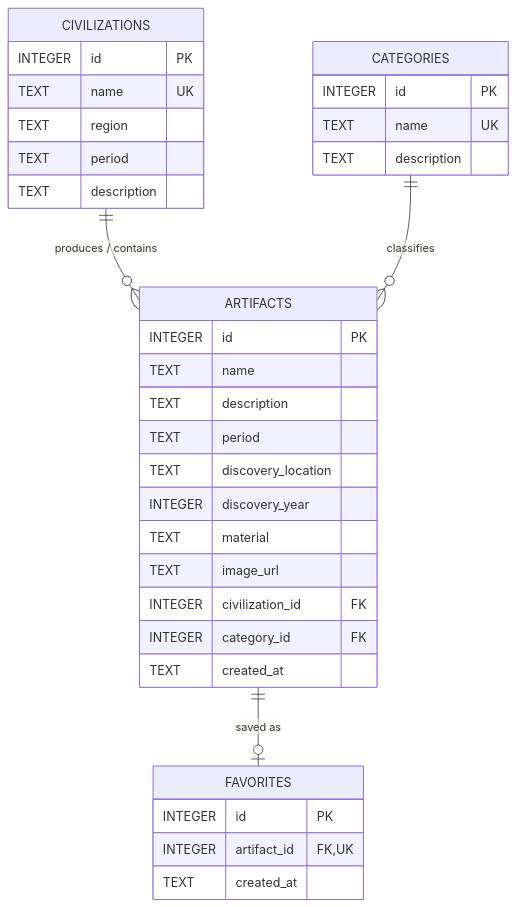
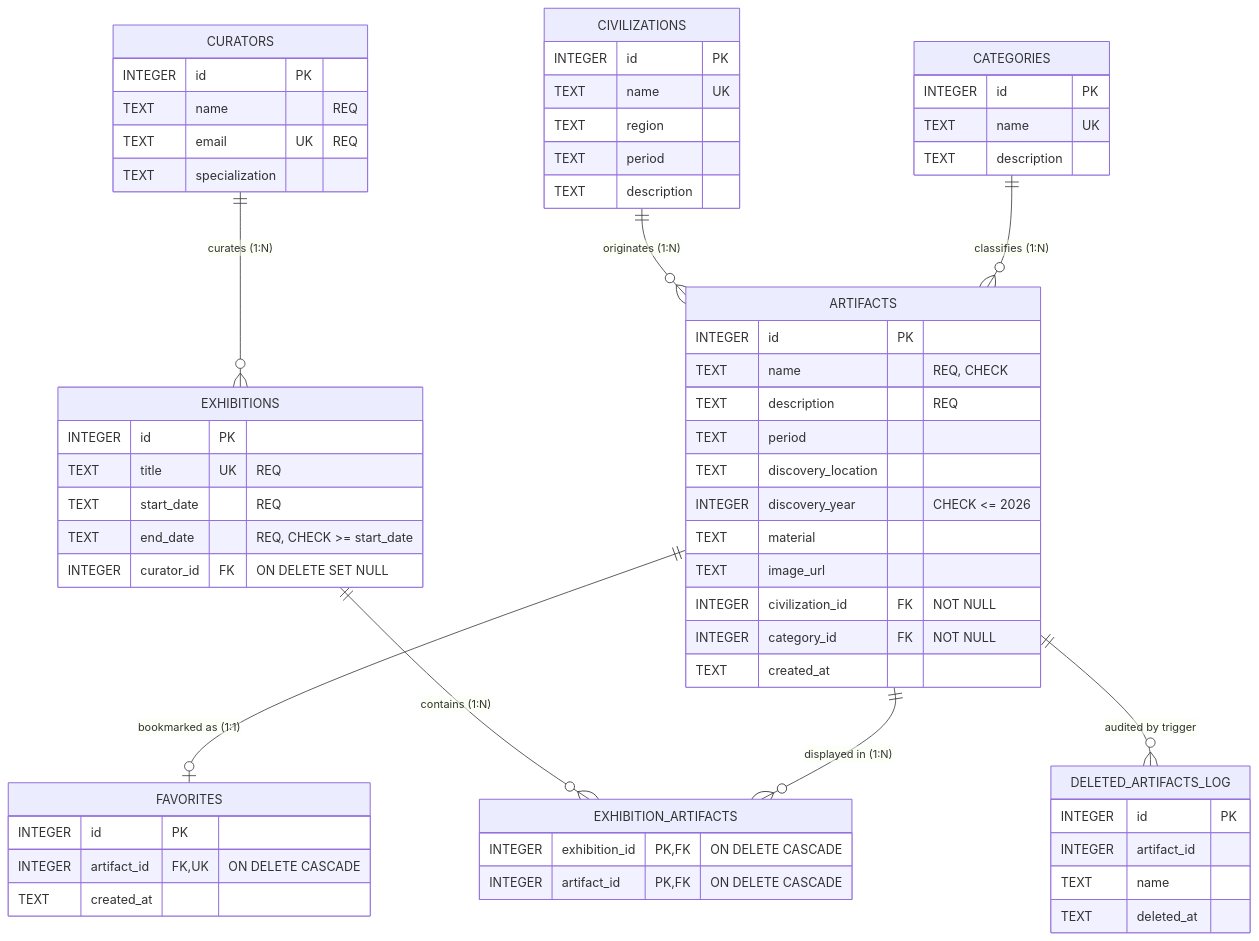
Before and after one commit to nakshatrameena6-cell/museum-artifact: the diagram in README.md, drawn with Mermaid. The commit also changed other lines of this file and 6 other files, not shown here.

Commit message:
feat: add comprehensive test suite, database validation constraints, and ER diagram generation script

````diff
--- a/README.md
+++ b/README.md
@@ -109,40 +158,71 @@
 ```mermaid
 erDiagram
-    CIVILIZATIONS ||--o{ ARTIFACTS : "produces / contains"
-    CATEGORIES ||--o{ ARTIFACTS : "classifies"
-    ARTIFACTS ||--o| FAVORITES : "saved as"
+    CIVILIZATIONS ||--o{ ARTIFACTS : "originates (1:N)"
+    CATEGORIES ||--o{ ARTIFACTS : "classifies (1:N)"
+    ARTIFACTS ||--o| FAVORITES : "bookmarked as (1:1)"
+    CURATORS ||--o{ EXHIBITIONS : "curates (1:N)"
+    EXHIBITIONS ||--o{ EXHIBITION_ARTIFACTS : "contains (1:N)"
+    ARTIFACTS ||--o{ EXHIBITION_ARTIFACTS : "displayed in (1:N)"
+    ARTIFACTS ||--o{ DELETED_ARTIFACTS_LOG : "audited by trigger"
 
     CIVILIZATIONS {
         INTEGER id PK
         TEXT name UK
         TEXT region
         TEXT period
         TEXT description
     }
 
     CATEGORIES {
         INTEGER id PK
         TEXT name UK
         TEXT description
     }
 
     ARTIFACTS {
         INTEGER id PK
-        TEXT name
-        TEXT description
+        TEXT name "REQ, CHECK"
+        TEXT description "REQ"
         TEXT period
         TEXT discovery_location
-        INTEGER discovery_year
+        INTEGER discovery_year "CHECK <= 2026"
         TEXT material
         TEXT image_url
-        INTEGER civilization_id FK
-        INTEGER category_id FK
+        INTEGER civilization_id FK "NOT NULL"
+        INTEGER category_id FK "NOT NULL"
         TEXT created_at
     }
 
     FAVORITES {
         INTEGER id PK
-        INTEGER artifact_id FK, UK
+        INTEGER artifact_id FK, UK "ON DELETE CASCADE"
         TEXT created_at
     }
+
+    CURATORS {
+        INTEGER id PK
+        TEXT name "REQ"
+        TEXT email UK "REQ"
+        TEXT specialization
+    }
+
+    EXHIBITIONS {
+        INTEGER id PK
+        TEXT title UK "REQ"
+        TEXT start_date "REQ"
+        TEXT end_date "REQ, CHECK >= start_date"
+        INTEGER curator_id FK "ON DELETE SET NULL"
+    }
+
+    EXHIBITION_ARTIFACTS {
+        INTEGER exhibition_id PK, FK "ON DELETE CASCADE"
+        INTEGER artifact_id PK, FK "ON DELETE CASCADE"
+    }
+
+    DELETED_ARTIFACTS_LOG {
+        INTEGER id PK
+        INTEGER artifact_id
+        TEXT name
+        TEXT deleted_at
+    }
 ```
````
